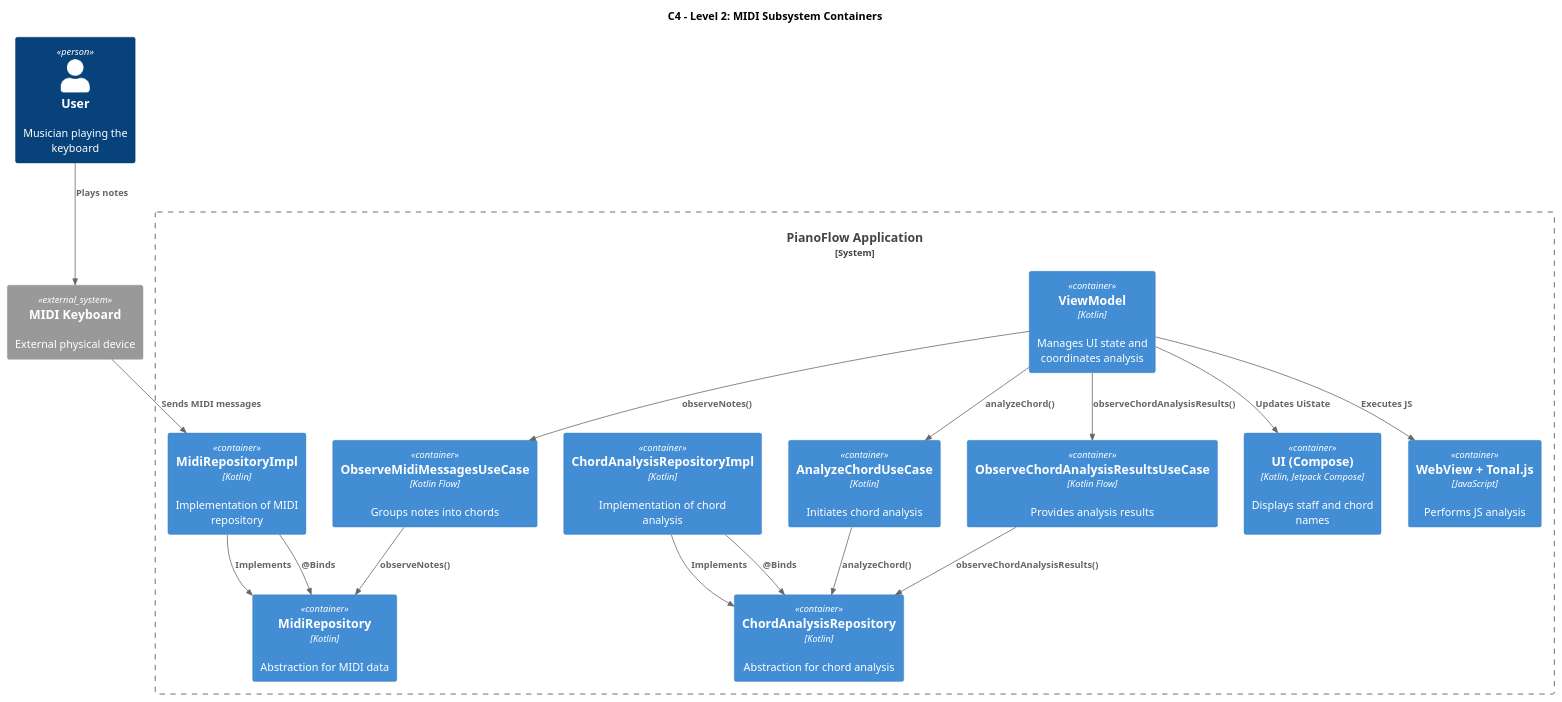
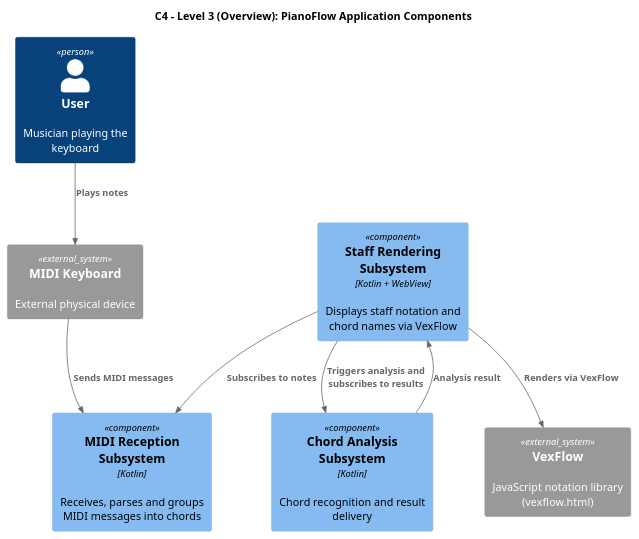
The first of 10 diagrams in docs/en/specs/MIDI_MESSAGE_PROCESSING.md (astrizhachuk/PianoFlow), drawn with PlantUML before and after one commit. The commit also changed other lines of this file and 30 other files, not shown here.

First line of the commit message:
feat(domain): native Kotlin chord analysis service (#16)

````diff
--- a/docs/en/specs/MIDI_MESSAGE_PROCESSING.md
+++ b/docs/en/specs/MIDI_MESSAGE_PROCESSING.md
@@ -20,44 +52,23 @@
 ```plantuml
 @startuml
-!include https://raw.githubusercontent.com/plantuml-stdlib/C4-PlantUML/master/C4_Container.puml
+!include https://raw.githubusercontent.com/plantuml-stdlib/C4-PlantUML/master/C4_Component.puml
 
-title C4 - Level 2: MIDI Subsystem Containers
+title C4 - Level 3 (Overview): PianoFlow Application Components
 
 Person(user, "User", "Musician playing the keyboard")
 System_Ext(midi_device, "MIDI Keyboard", "External physical device")
+System_Ext(vexflow, "VexFlow", "JavaScript notation library (vexflow.html)")
 
-System_Boundary(piano_flow, "PianoFlow Application") {
-    Container(ui, "UI (Compose)", "Kotlin, Jetpack Compose", "Displays staff and chord names")
-    Container(vm, "ViewModel", "Kotlin", "Manages UI state and coordinates analysis")
-    Container(observe_midi, "ObserveMidiMessagesUseCase", "Kotlin Flow", "Groups notes into chords")
-    Container(analyze_chord, "AnalyzeChordUseCase", "Kotlin", "Initiates chord analysis")
-    Container(observe_chord, "ObserveChordAnalysisResultsUseCase", "Kotlin Flow", "Provides analysis results")
-    Container(midi_repo, "MidiRepository", "Kotlin", "Abstraction for MIDI data")
-    Container(chord_repo, "ChordAnalysisRepository", "Kotlin", "Abstraction for chord analysis")
-    Container(midi_repo_impl, "MidiRepositoryImpl", "Kotlin", "Implementation of MIDI repository")
-    Container(chord_repo_impl, "ChordAnalysisRepositoryImpl", "Kotlin", "Implementation of chord analysis")
-    Container(webview_js, "WebView + Tonal.js", "JavaScript", "Performs JS analysis")
-}
+Component(midi_subsystem, "MIDI Reception Subsystem", "Kotlin", "Receives, parses and groups MIDI messages into chords")
+Component(chord_subsystem, "Chord Analysis Subsystem", "Kotlin", "Chord recognition and result delivery")
+Component(rendering_subsystem, "Staff Rendering Subsystem", "Kotlin + WebView", "Displays staff notation and chord names via VexFlow")
 
 Rel(user, midi_device, "Plays notes")
-Rel(midi_device, midi_repo_impl, "Sends MIDI messages")
-Rel(midi_repo_impl, midi_repo, "Implements")
-Rel(chord_repo_impl, chord_repo, "Implements")
-
-Rel(vm, webview_js, "Executes JS")
-
-Rel(vm, observe_midi, "observeNotes()")
-Rel(vm, analyze_chord, "analyzeChord()")
-Rel(vm, observe_chord, "observeChordAnalysisResults()")
-
-Rel(observe_midi, midi_repo, "observeNotes()")
-Rel(analyze_chord, chord_repo, "analyzeChord()")
-Rel(observe_chord, chord_repo, "observeChordAnalysisResults()")
-
-Rel(midi_repo_impl, midi_repo, "@Binds")
-Rel(chord_repo_impl, chord_repo, "@Binds")
-
-Rel(vm, ui, "Updates UiState")
+Rel(midi_device, midi_subsystem, "Sends MIDI messages")
+Rel(rendering_subsystem, midi_subsystem, "Subscribes to notes")
+Rel(rendering_subsystem, chord_subsystem, "Triggers analysis and subscribes to results")
+Rel(chord_subsystem, rendering_subsystem, "Analysis result")
+Rel(rendering_subsystem, vexflow, "Renders via VexFlow")
 
 @enduml
 ```
````
